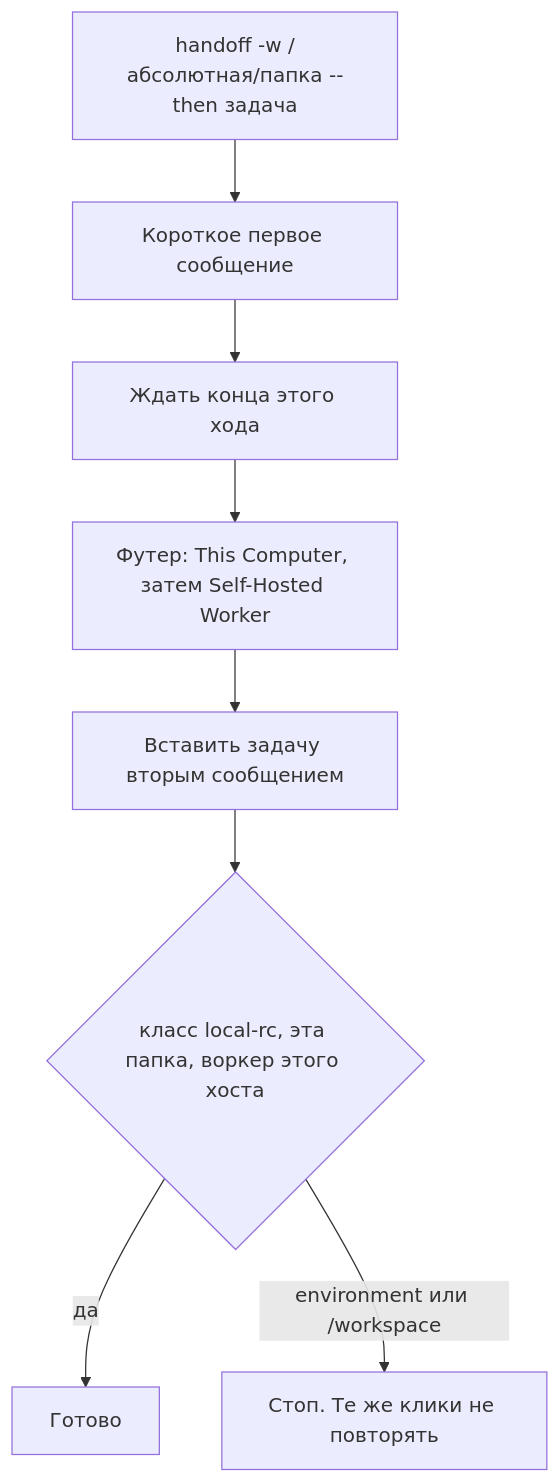
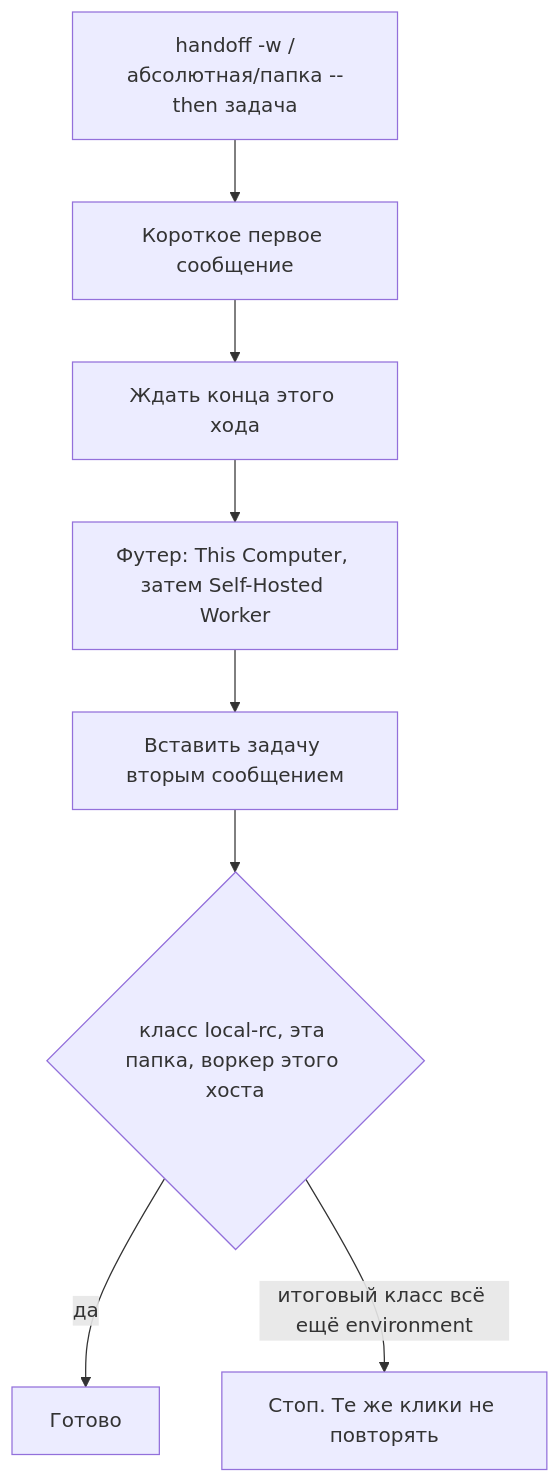
The third of 3 diagrams in skill/SKILL.ru.md (kogriv/curskill), drawn with Mermaid before and after one commit. The commit also changed other lines of this file and 12 other files, not shown here.

````diff
--- a/skill/SKILL.ru.md
+++ b/skill/SKILL.ru.md
@@ -76,11 +76,11 @@
 ```mermaid
 flowchart TD
   start["handoff -w /абсолютная/папка --then задача"]
   start --> ready[Короткое первое сообщение]
   ready --> wait[Ждать конца этого хода]
   wait --> conv["Футер: This Computer, затем Self-Hosted Worker"]
   conv --> task[Вставить задачу вторым сообщением]
   task --> ok{"класс local-rc, эта папка, воркер этого хоста"}
   ok -->|да| done[Готово]
-  ok -->|"environment или /workspace"| halt[Стоп. Те же клики не повторять]
+  ok -->|"итоговый класс всё ещё environment"| halt[Стоп. Те же клики не повторять]
 ```
````
